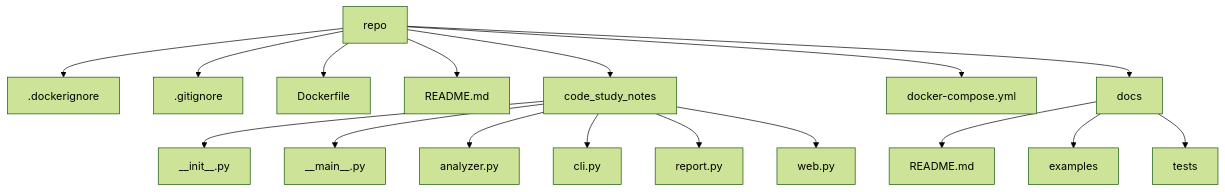
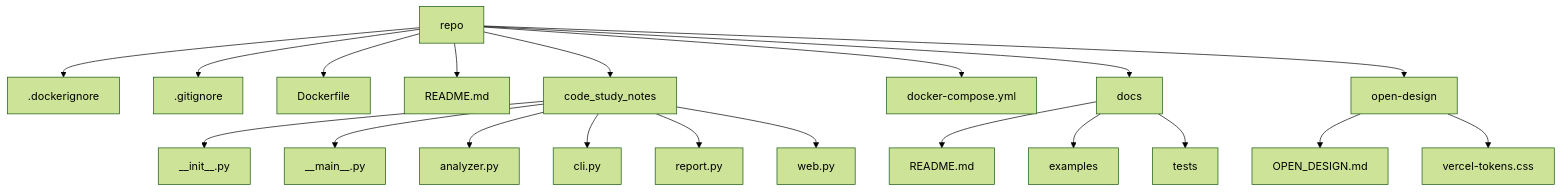
One commit to JWJW000/code-study-notes changed the diagram in out/study-notes.md. Above: the diagram before and after it, drawn with Mermaid (forest theme). The commit also changed other lines of this file and 4 other files, not shown here.

Commit message:
feat: integrate nexu open-design tokens

````diff
--- a/out/study-notes.md
+++ b/out/study-notes.md
@@ -55,20 +59,23 @@
 ```mermaid
 graph TD
   root["repo"]
   root --> n1[".dockerignore"]
   root --> n2[".gitignore"]
   root --> n3["Dockerfile"]
   root --> n4["README.md"]
   root --> n5["code_study_notes"]
   root --> n6["docker-compose.yml"]
   root --> n7["docs"]
-  n5 --> n8["__init__.py"]
-  n5 --> n9["__main__.py"]
-  n5 --> n10["analyzer.py"]
-  n5 --> n11["cli.py"]
-  n5 --> n12["report.py"]
-  n5 --> n13["web.py"]
-  n7 --> n14["README.md"]
-  n7 --> n15["examples"]
-  n7 --> n16["tests"]
+  root --> n8["open-design"]
+  n5 --> n9["__init__.py"]
+  n5 --> n10["__main__.py"]
+  n5 --> n11["analyzer.py"]
+  n5 --> n12["cli.py"]
+  n5 --> n13["report.py"]
+  n5 --> n14["web.py"]
+  n7 --> n15["README.md"]
+  n7 --> n16["examples"]
+  n7 --> n17["tests"]
+  n8 --> n18["OPEN_DESIGN.md"]
+  n8 --> n19["vercel-tokens.css"]
 ```
````
